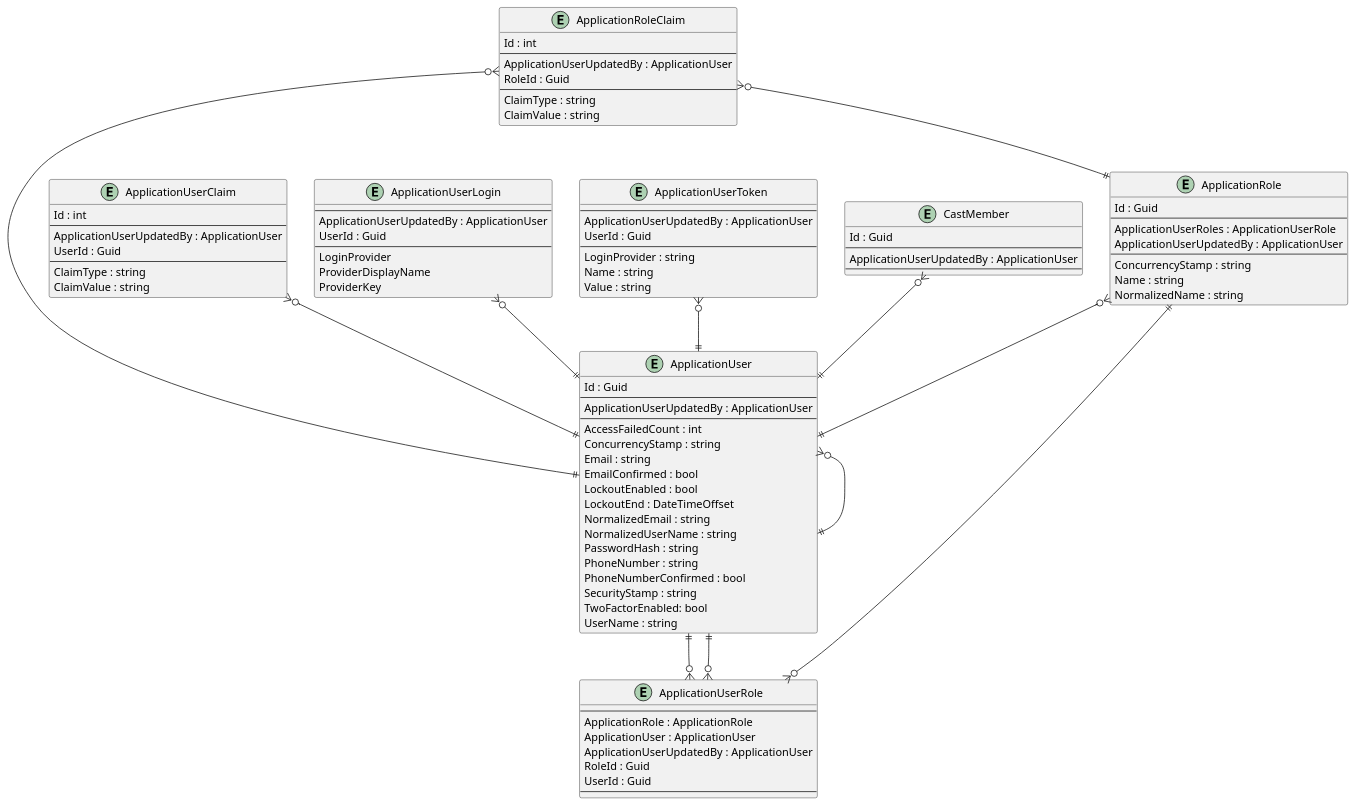
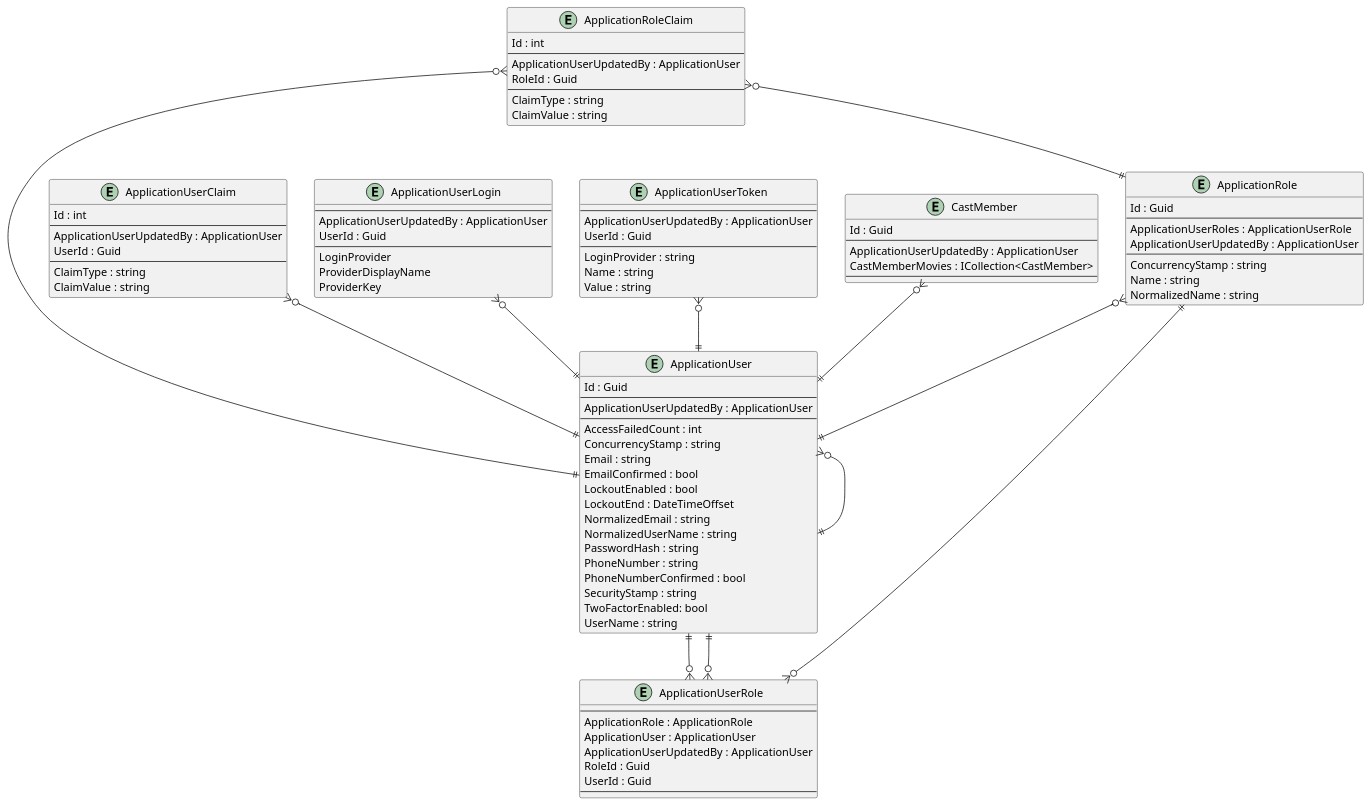
Before and after one commit to intrepion/BlazorWebAppMovies: the diagram in .docs/BlazorWebAppMovies.pu, drawn with PlantUML.

```diff
--- a/.docs/BlazorWebAppMovies.pu
+++ b/.docs/BlazorWebAppMovies.pu
@@ -1,112 +1,113 @@
 @startuml
 
 entity ApplicationRole {
     Id : Guid
     --
     ApplicationUserRoles : ApplicationUserRole
     ApplicationUserUpdatedBy : ApplicationUser
     --
     ConcurrencyStamp : string
     Name : string
     NormalizedName : string
 }
 
 entity ApplicationRoleClaim {
     Id : int
     --
     ApplicationUserUpdatedBy : ApplicationUser
     RoleId : Guid
     --
     ClaimType : string
     ClaimValue : string
 }
 
 entity ApplicationUser {
     Id : Guid
     --
     ApplicationUserUpdatedBy : ApplicationUser
     ' ApplicationUserKeyCodePlaceholder
     --
     AccessFailedCount : int
     ConcurrencyStamp : string
     Email : string
     EmailConfirmed : bool
     LockoutEnabled : bool
     LockoutEnd : DateTimeOffset
     NormalizedEmail : string
     NormalizedUserName : string
     PasswordHash : string
     PhoneNumber : string
     PhoneNumberConfirmed : bool
     SecurityStamp : string
     TwoFactorEnabled: bool
     UserName : string
     ' ApplicationUserPropertyCodePlaceholder
 }
 
 entity ApplicationUserClaim {
     Id : int
     --
     ApplicationUserUpdatedBy : ApplicationUser
     UserId : Guid
     --
     ClaimType : string
     ClaimValue : string
 }
 
 entity ApplicationUserLogin {
     --
     ApplicationUserUpdatedBy : ApplicationUser
     UserId : Guid
     --
     LoginProvider
     ProviderDisplayName
     ProviderKey
 }
 
 entity ApplicationUserRole {
     --
     ApplicationRole : ApplicationRole
     ApplicationUser : ApplicationUser
     ApplicationUserUpdatedBy : ApplicationUser
     RoleId : Guid
     UserId : Guid
     --
 }
 
 entity ApplicationUserToken {
     --
     ApplicationUserUpdatedBy : ApplicationUser
     UserId : Guid
     --
     LoginProvider : string
     Name : string
     Value : string
 }
 
 entity CastMember {
     Id : Guid
     --
     ApplicationUserUpdatedBy : ApplicationUser
+    CastMemberMovies : ICollection<CastMember>
     ' CastMemberKeyCodePlaceholder
     --
     ' CastMemberPropertyCodePlaceholder
 }
 
 ' EntityCodePlaceholder
 
 ApplicationRole ||--o{ ApplicationUserRole
 ApplicationRole }o--|| ApplicationUser
 ApplicationRoleClaim }o--|| ApplicationRole
 ApplicationRoleClaim }o--|| ApplicationUser
 ApplicationUser }o--|| ApplicationUser
 ApplicationUser ||--o{ ApplicationUserRole
 ApplicationUserClaim }o--|| ApplicationUser
 ApplicationUserLogin }o--|| ApplicationUser
 ApplicationUserRole }o--|| ApplicationUser
 ApplicationUserToken }o--|| ApplicationUser
 
 CastMember }o--|| ApplicationUser
 ' RelationshipCodePlaceholder
 
 @enduml
```
